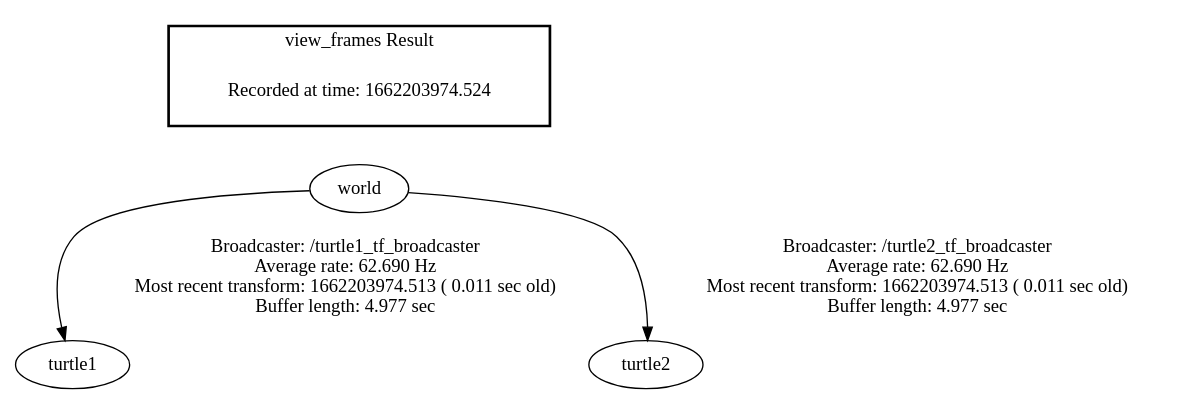
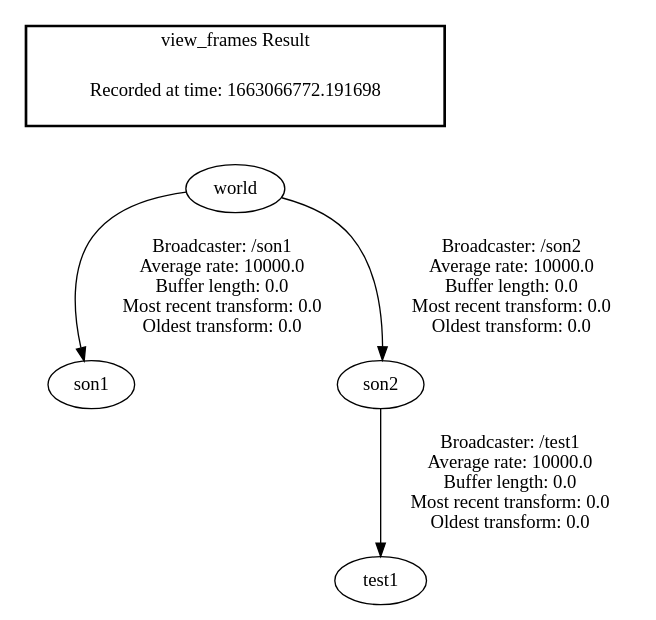
The diagram in frames.gv (Nicotinamide/Ros_test), drawn with Graphviz before and after one commit. The commit also changed 7 other files, not shown here.

```diff
--- a/frames.gv
+++ b/frames.gv
@@ -1,8 +1,9 @@
 digraph G {
-"world" -> "turtle1"[label="Broadcaster: /turtle1_tf_broadcaster\nAverage rate: 62.690 Hz\nMost recent transform: 1662203974.513 ( 0.011 sec old)\nBuffer length: 4.977 sec\n"];
-"world" -> "turtle2"[label="Broadcaster: /turtle2_tf_broadcaster\nAverage rate: 62.690 Hz\nMost recent transform: 1662203974.513 ( 0.011 sec old)\nBuffer length: 4.977 sec\n"];
+"world" -> "son1"[label=" Broadcaster: /son1\nAverage rate: 10000.0\nBuffer length: 0.0\nMost recent transform: 0.0\nOldest transform: 0.0\n"];
+"son2" -> "test1"[label=" Broadcaster: /test1\nAverage rate: 10000.0\nBuffer length: 0.0\nMost recent transform: 0.0\nOldest transform: 0.0\n"];
+"world" -> "son2"[label=" Broadcaster: /son2\nAverage rate: 10000.0\nBuffer length: 0.0\nMost recent transform: 0.0\nOldest transform: 0.0\n"];
 edge [style=invis];
  subgraph cluster_legend { style=bold; color=black; label ="view_frames Result";
-"Recorded at time: 1662203974.524"[ shape=plaintext ] ;
- }->"world";
+"Recorded at time: 1663066772.191698"[ shape=plaintext ] ;
+}->"world";
 }
```
